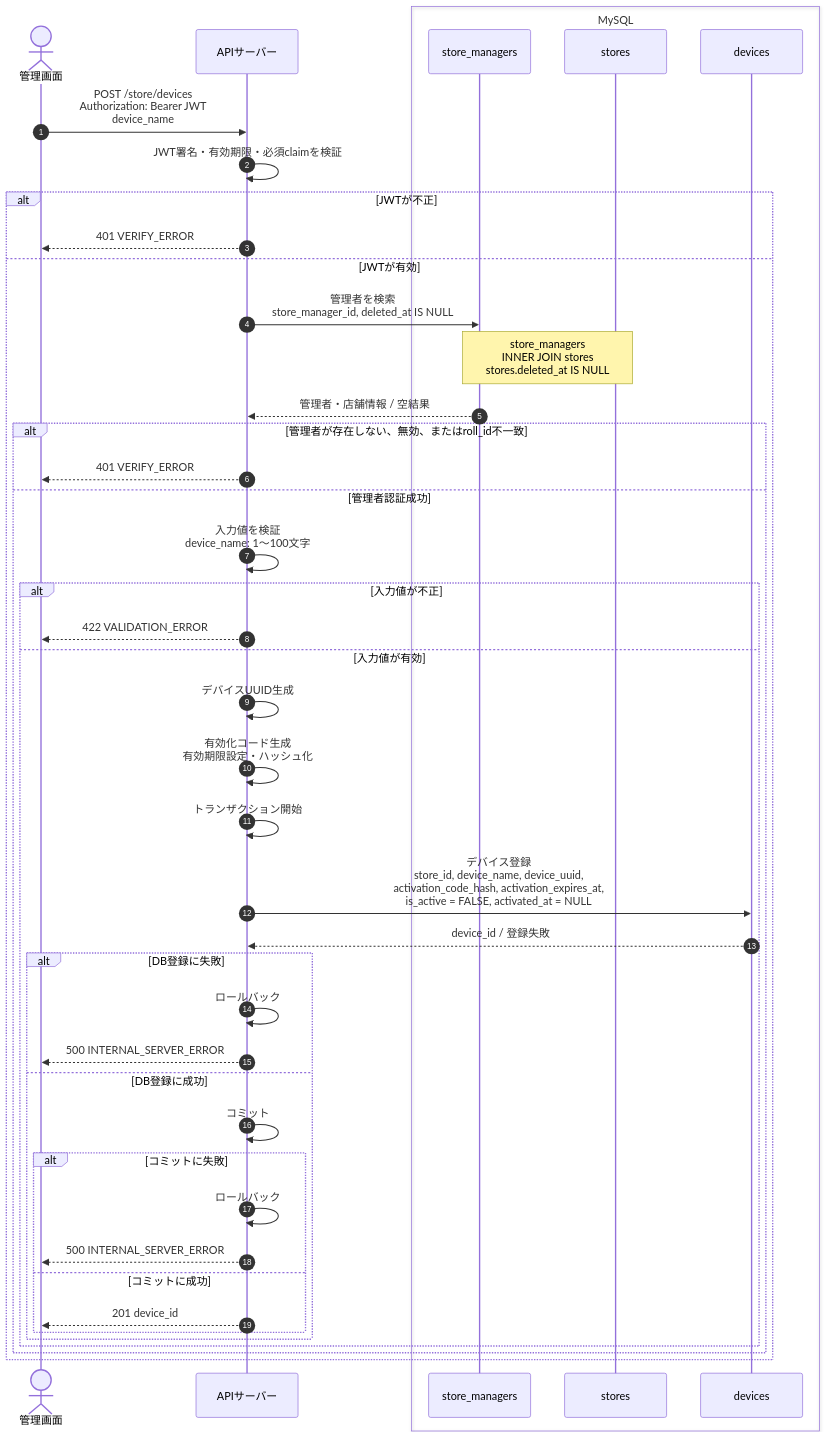
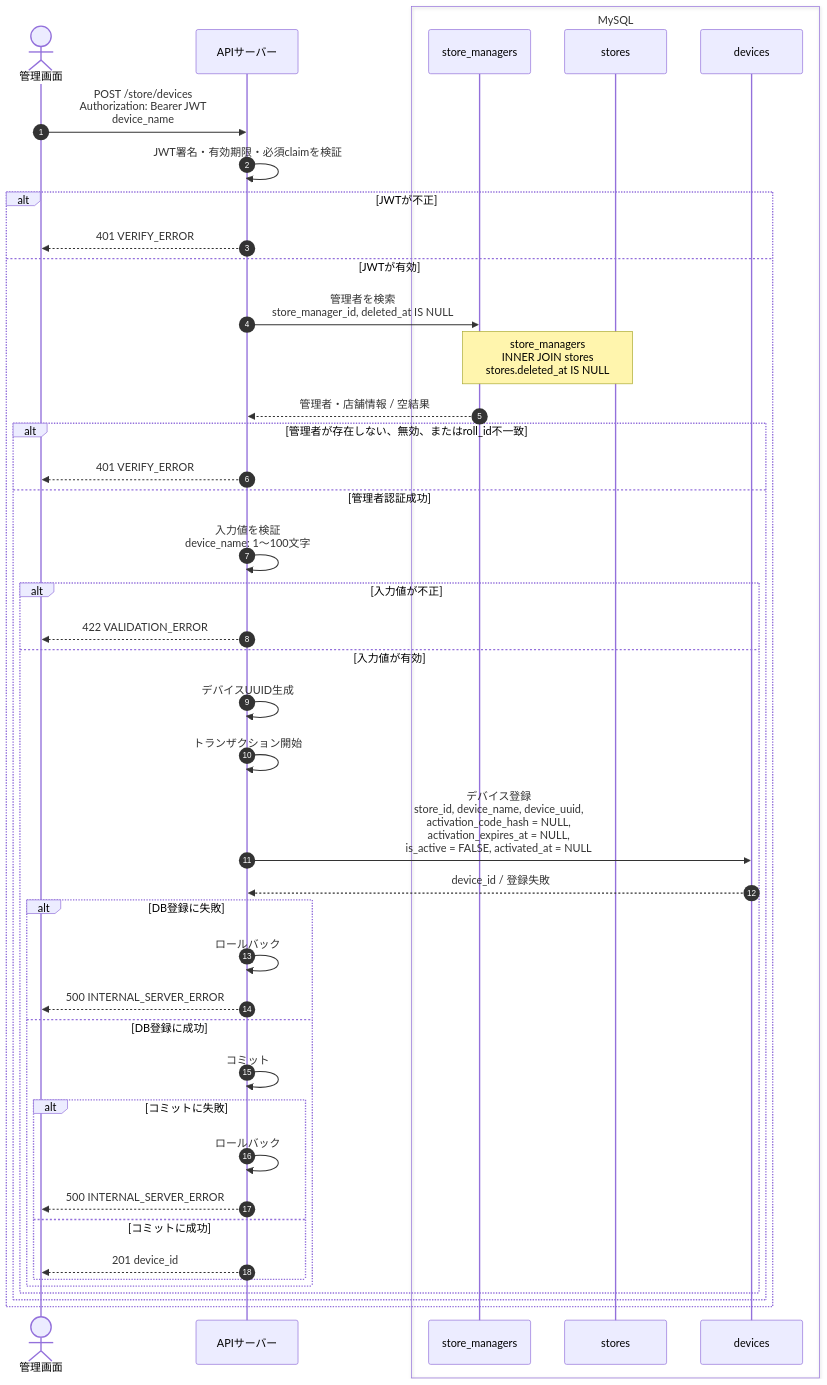
Before and after one commit to terao06/teraid-pay-api: the first of 5 diagrams in docs/sequences/管理者用API/デバイス管理.md, drawn with Mermaid. The commit also changed other lines of this file and 14 other files, not shown here.

````diff
--- a/docs/sequences/管理者用API/デバイス管理.md
+++ b/docs/sequences/管理者用API/デバイス管理.md
@@ -46,53 +46,52 @@
 ```mermaid
 sequenceDiagram
     autonumber
     actor Client as 管理画面
     participant Server as APIサーバー
 
     box MySQL
         participant StoreManagers as store_managers
         participant Stores as stores
         participant Devices as devices
     end
 
     Client->>Server: POST /store/devices<br/>Authorization: Bearer JWT<br/>device_name
     Server->>Server: JWT署名・有効期限・必須claimを検証
 
     alt JWTが不正
         Server-->>Client: 401 VERIFY_ERROR
     else JWTが有効
         Server->>StoreManagers: 管理者を検索<br/>store_manager_id, deleted_at IS NULL
         Note over StoreManagers,Stores: store_managers<br/>INNER JOIN stores<br/>stores.deleted_at IS NULL
         StoreManagers-->>Server: 管理者・店舗情報 / 空結果
 
         alt 管理者が存在しない、無効、またはroll_id不一致
             Server-->>Client: 401 VERIFY_ERROR
         else 管理者認証成功
             Server->>Server: 入力値を検証<br/>device_name: 1〜100文字
 
             alt 入力値が不正
                 Server-->>Client: 422 VALIDATION_ERROR
             else 入力値が有効
                 Server->>Server: デバイスUUID生成
-                Server->>Server: 有効化コード生成<br/>有効期限設定・ハッシュ化
                 Server->>Server: トランザクション開始
-                Server->>Devices: デバイス登録<br/>store_id, device_name, device_uuid,<br/>activation_code_hash, activation_expires_at,<br/>is_active = FALSE, activated_at = NULL
+                Server->>Devices: デバイス登録<br/>store_id, device_name, device_uuid,<br/>activation_code_hash = NULL,<br/>activation_expires_at = NULL,<br/>is_active = FALSE, activated_at = NULL
                 Devices-->>Server: device_id / 登録失敗
 
                 alt DB登録に失敗
                     Server->>Server: ロールバック
                     Server-->>Client: 500 INTERNAL_SERVER_ERROR
                 else DB登録に成功
                     Server->>Server: コミット
 
                     alt コミットに失敗
                         Server->>Server: ロールバック
                         Server-->>Client: 500 INTERNAL_SERVER_ERROR
                     else コミットに成功
                         Server-->>Client: 201 device_id
                     end
                 end
             end
         end
     end
 ```
````
